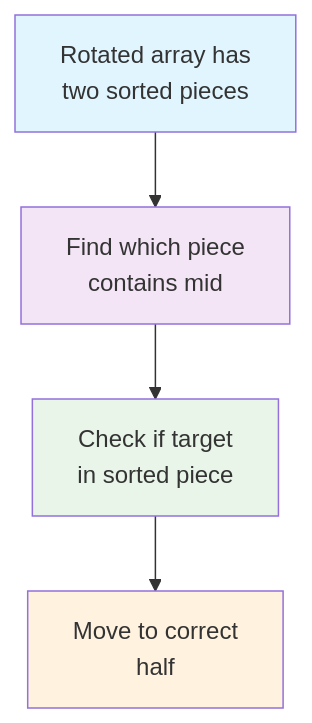
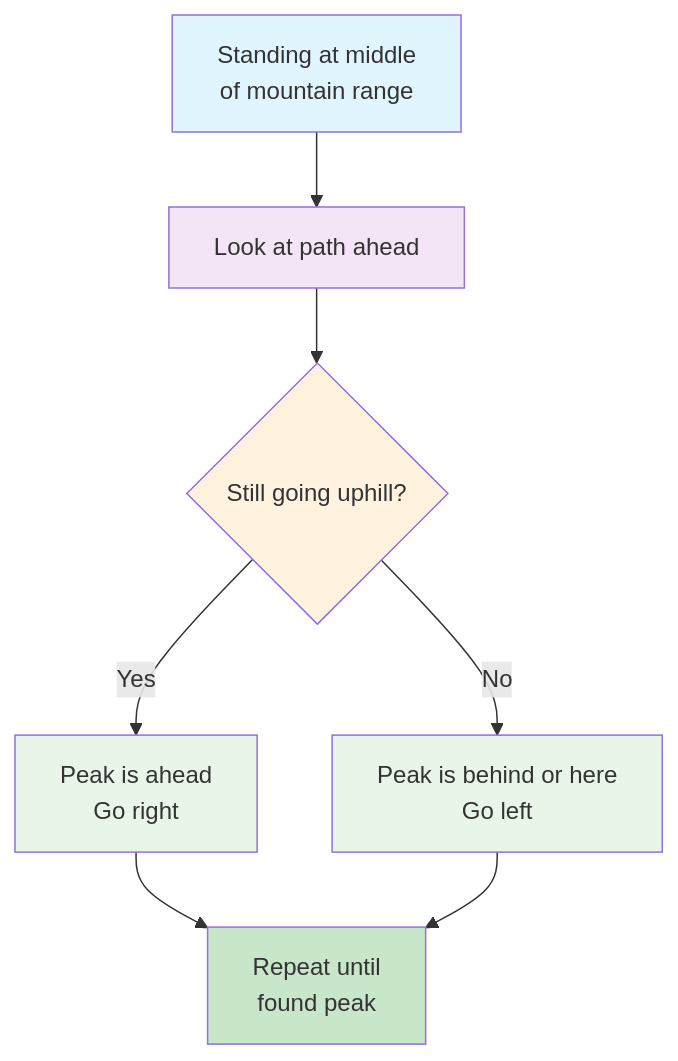
Before and after one commit to LuckyLongre123/README_RUNNER: diagram 13 of 13 in README.md, drawn with Mermaid. The commit also changed other lines of this file, not shown here.

````diff
--- a/README.md
+++ b/README.md
@@ -671,11 +752,16 @@
 ```mermaid
 flowchart TD
-    A["Rotated array has<br/>two sorted pieces"] --> B["Find which piece<br/>contains mid"]
-    B --> C["Check if target<br/>in sorted piece"]
-    C --> D["Move to correct<br/>half"]
+    A["Standing at middle<br/>of mountain range"] --> B["Look at path ahead"]
+    B --> C{"Still going uphill?"}
+    C -->|"Yes"| D["Peak is ahead<br/>Go right"]
+    C -->|"No"| E["Peak is behind or here<br/>Go left"]
+    D --> F["Repeat until<br/>found peak"]
+    E --> F
     
     style A fill:#e1f5fe
     style B fill:#f3e5f5
-    style C fill:#e8f5e8
-    style D fill:#fff3e0
+    style C fill:#fff3e0
+    style D fill:#e8f5e8
+    style E fill:#e8f5e8
+    style F fill:#c8e6c9
 ```
````
